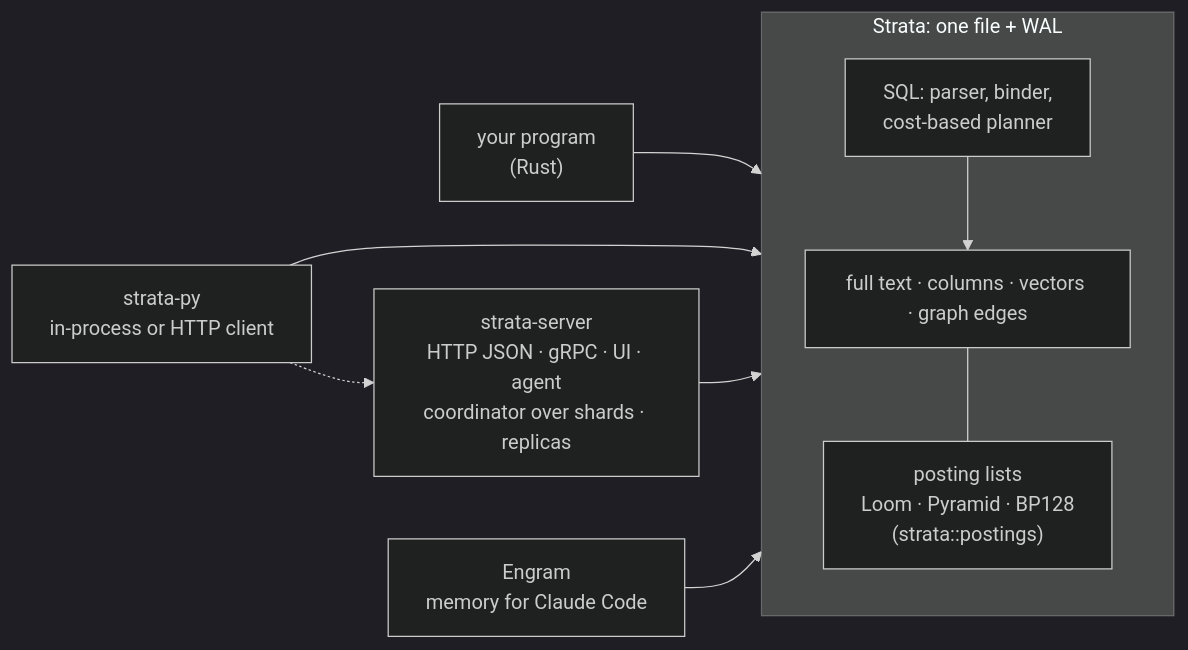
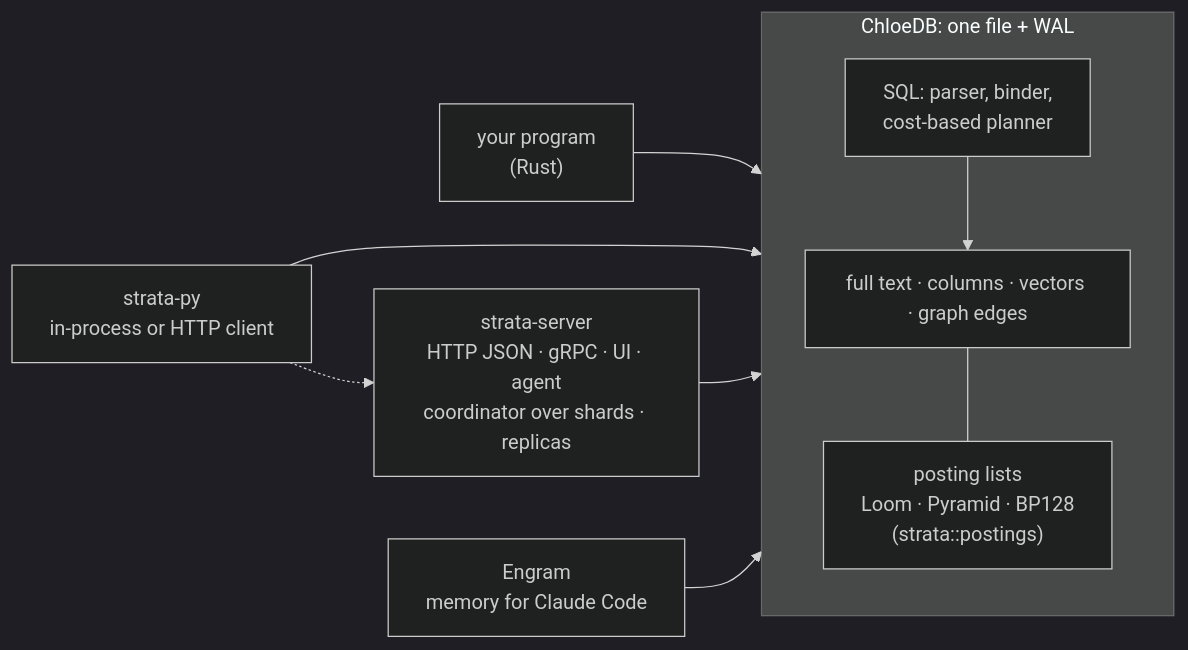
The first of 2 diagrams in README.md (chloetech-ai/chloedb), drawn with Mermaid (dark theme) before and after one commit. The commit also changed other lines of this file and 73 other files, not shown here.

First line of the commit message:
Rename Strata to ChloeDB in the docs, the website and the READMEs

````diff
--- a/README.md
+++ b/README.md
@@ -43,13 +45,13 @@
 ```mermaid
 flowchart LR
-    subgraph LIB["Strata: one file + WAL"]
+    subgraph LIB["ChloeDB: one file + WAL"]
         direction TB
         SQL["SQL: parser, binder,<br/>cost-based planner"] --> IDX["full text · columns · vectors · graph edges"]
         IDX --- PB["posting lists<br/>Loom · Pyramid · BP128<br/>(strata::postings)"]
     end
     APP["your program<br/>(Rust)"] --> LIB
     PY["strata-py<br/>in-process or HTTP client"] --> LIB
     PY -.-> SRV
     SRV["strata-server<br/>HTTP JSON · gRPC · UI · agent<br/>coordinator over shards · replicas"] --> LIB
     EN["Engram<br/>memory for Claude Code"] --> LIB
 ```
````
